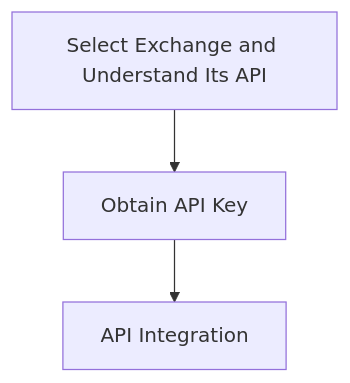
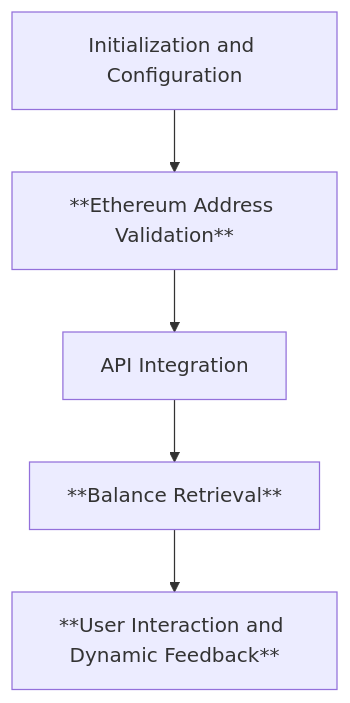
The sixth of 9 diagrams in experiment-and-design/2-bti-architecture.md (BTI-US/BTI-Gitbook), drawn with Mermaid before and after one commit. The commit also changed other lines of this file and 5 other files, not shown here.

````diff
--- a/experiment-and-design/2-bti-architecture.md
+++ b/experiment-and-design/2-bti-architecture.md
@@ -473,5 +305,7 @@
 ```mermaid
 graph TD
-    A[Select Exchange and Understand Its API] --> B[Obtain API Key]
+    A[Initialization and Configuration] --> B[**Ethereum Address Validation**]
     B --> C[API Integration]
+    C --> D[**Balance Retrieval**]
+    D --> E[**User Interaction and Dynamic Feedback**]
 ```
````
